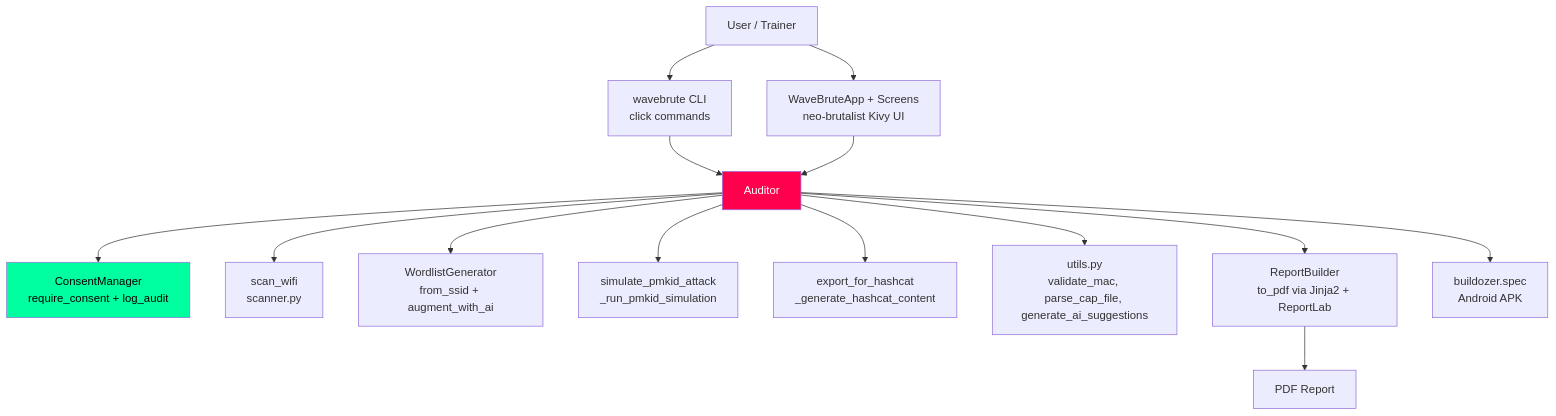
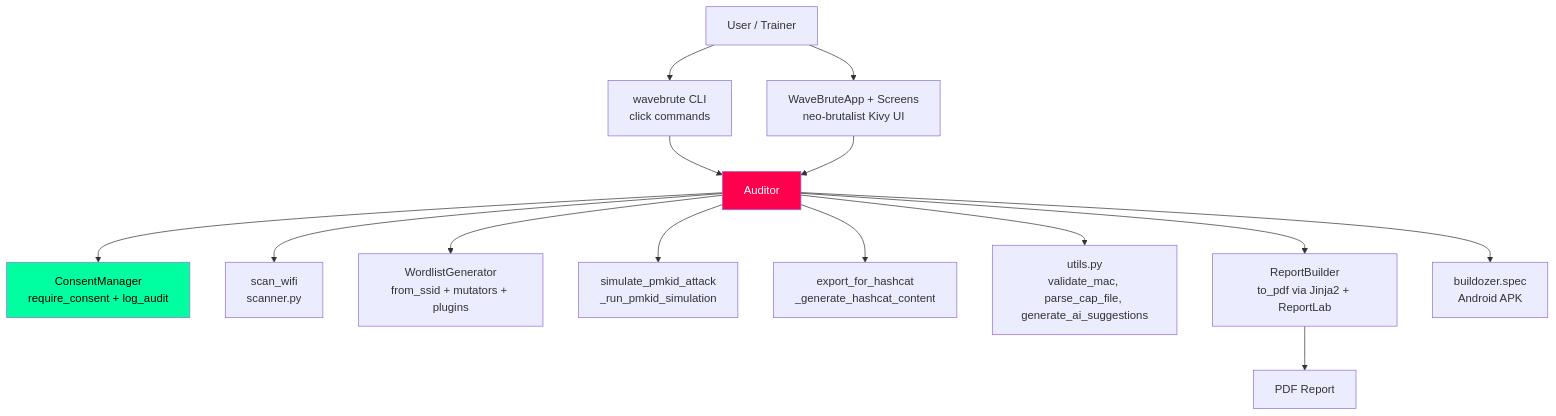
The diagram in README.md (ajendras/wavebrute), drawn with Mermaid before and after one commit. The commit also changed other lines of this file and 3 other files, not shown here.

Commit message:
feat(wordlist): add plugin system for custom wordlist mutators

````diff
--- a/README.md
+++ b/README.md
@@ -202,17 +225,17 @@
 ```mermaid
 graph TD
     User[User / Trainer] --> CLI[wavebrute CLI<br/>click commands]
     User --> GUI[WaveBruteApp + Screens<br/>neo-brutalist Kivy UI]
     CLI & GUI --> Auditor
     Auditor --> Consent[ConsentManager<br/>require_consent + log_audit]
     Auditor --> Scan[scan_wifi<br/>scanner.py]
-    Auditor --> Gen[WordlistGenerator<br/>from_ssid + augment_with_ai]
+    Auditor --> Gen[WordlistGenerator<br/>from_ssid + mutators + plugins]
     Auditor --> PMKID[simulate_pmkid_attack<br/>_run_pmkid_simulation]
     Auditor --> Hashcat[export_for_hashcat<br/>_generate_hashcat_content]
     Auditor --> Utils[utils.py<br/>validate_mac, parse_cap_file, generate_ai_suggestions]
     Auditor --> Report[ReportBuilder<br/>to_pdf via Jinja2 + ReportLab]
     Auditor --> Android[buildozer.spec<br/>Android APK]
     Report --> PDF[PDF Report]
     style Auditor fill:#ff004d,color:#fff
     style Consent fill:#00ff9f,color:#000
 ```
````
